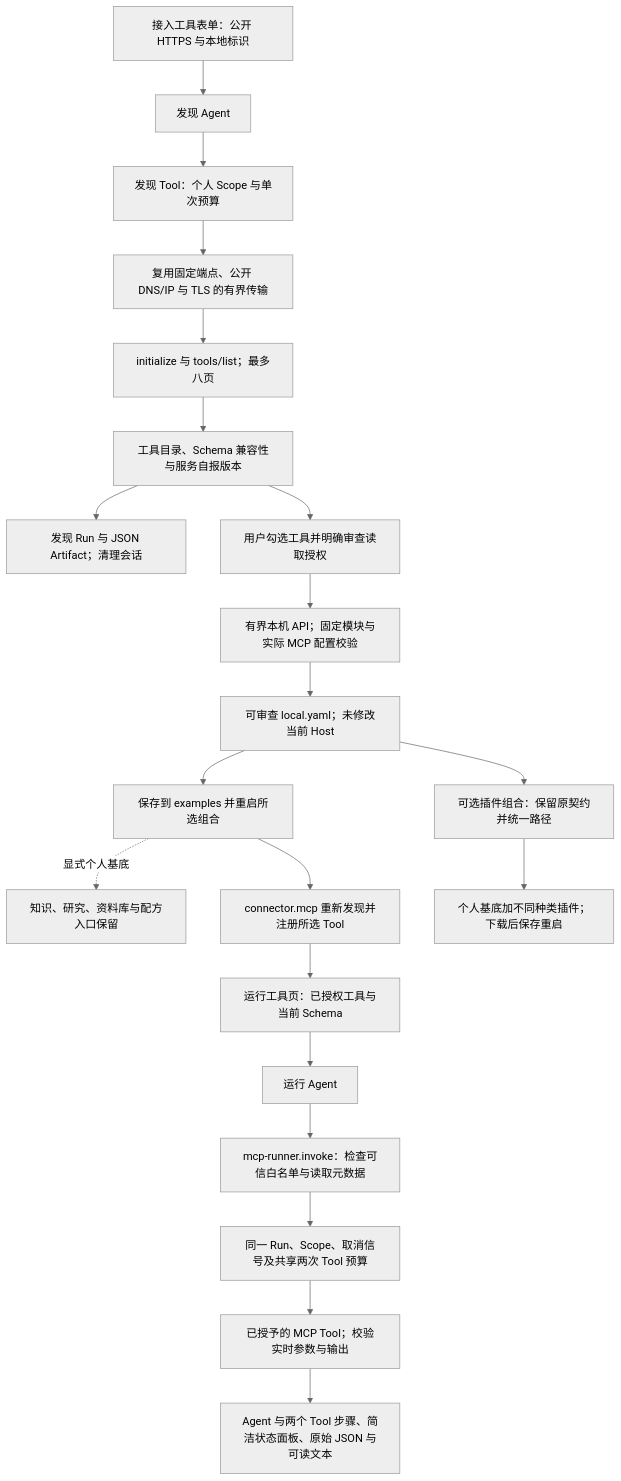
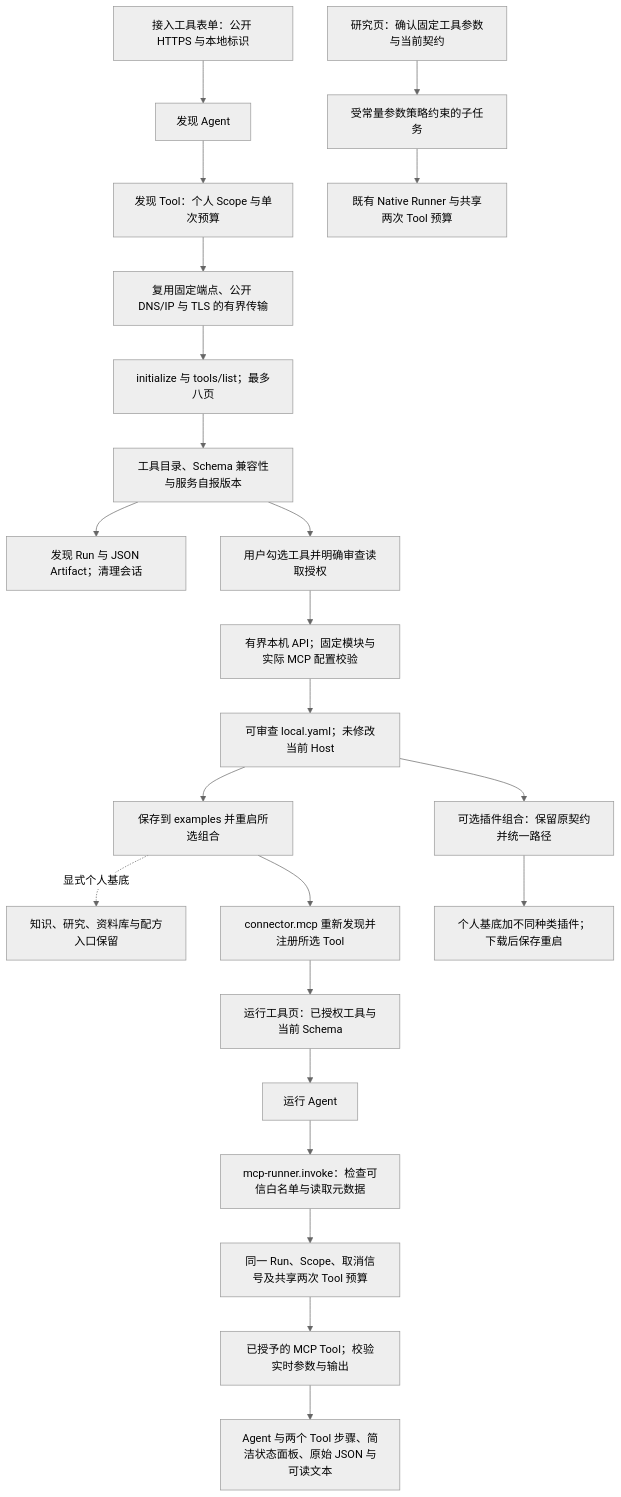
Before and after one commit to KlayPeter/AI-Delivery-Ops-Agent: the diagram in backend/src/connectors/mcp-workbench/FEATURE.md, drawn with Mermaid (neutral theme). The commit also changed other lines of this file and 29 other files, not shown here.

````diff
--- a/backend/src/connectors/mcp-workbench/FEATURE.md
+++ b/backend/src/connectors/mcp-workbench/FEATURE.md
@@ -23,23 +23,25 @@
 ```mermaid
 flowchart TD
     UI[接入工具表单：公开 HTTPS 与本地标识] --> IA[发现 Agent]
     IA --> IT[发现 Tool：个人 Scope 与单次预算]
     IT --> NET[复用固定端点、公开 DNS/IP 与 TLS 的有界传输]
     NET --> META[initialize 与 tools/list；最多八页]
     META --> CATALOG[工具目录、Schema 兼容性与服务自报版本]
     CATALOG --> HIST[发现 Run 与 JSON Artifact；清理会话]
     CATALOG --> REVIEW[用户勾选工具并明确审查读取授权]
     REVIEW --> EXPORT[有界本机 API；固定模块与实际 MCP 配置校验]
     EXPORT --> YAML[可审查 local.yaml；未修改当前 Host]
     YAML --> RESTART[保存到 examples 并重启所选组合]
     RESTART -. 显式个人基底 .-> PERSONAL[知识、研究、资料库与配方入口保留]
     RESTART --> CONNECTOR[connector.mcp 重新发现并注册所选 Tool]
     CONNECTOR --> RUNNER[运行工具页：已授权工具与当前 Schema]
     RUNNER --> RA[运行 Agent]
     RA --> ROUTE[mcp-runner.invoke：检查可信白名单与读取元数据]
     ROUTE --> GATE[同一 Run、Scope、取消信号及共享两次 Tool 预算]
     GATE --> CALL[已授予的 MCP Tool；校验实时参数与输出]
     CALL --> RESULT[Agent 与两个 Tool 步骤、简洁状态面板、原始 JSON 与可读文本]
     YAML --> PC[可选插件组合：保留原契约并统一路径]
     PC --> PERSONAL_COMBO[个人基底加不同种类插件；下载后保存重启]
+    RFIX[研究页：确认固定工具参数与当前契约] --> RDEL[受常量参数策略约束的子任务]
+    RDEL --> GATEWAY[既有 Native Runner 与共享两次 Tool 预算]
 ```
````
